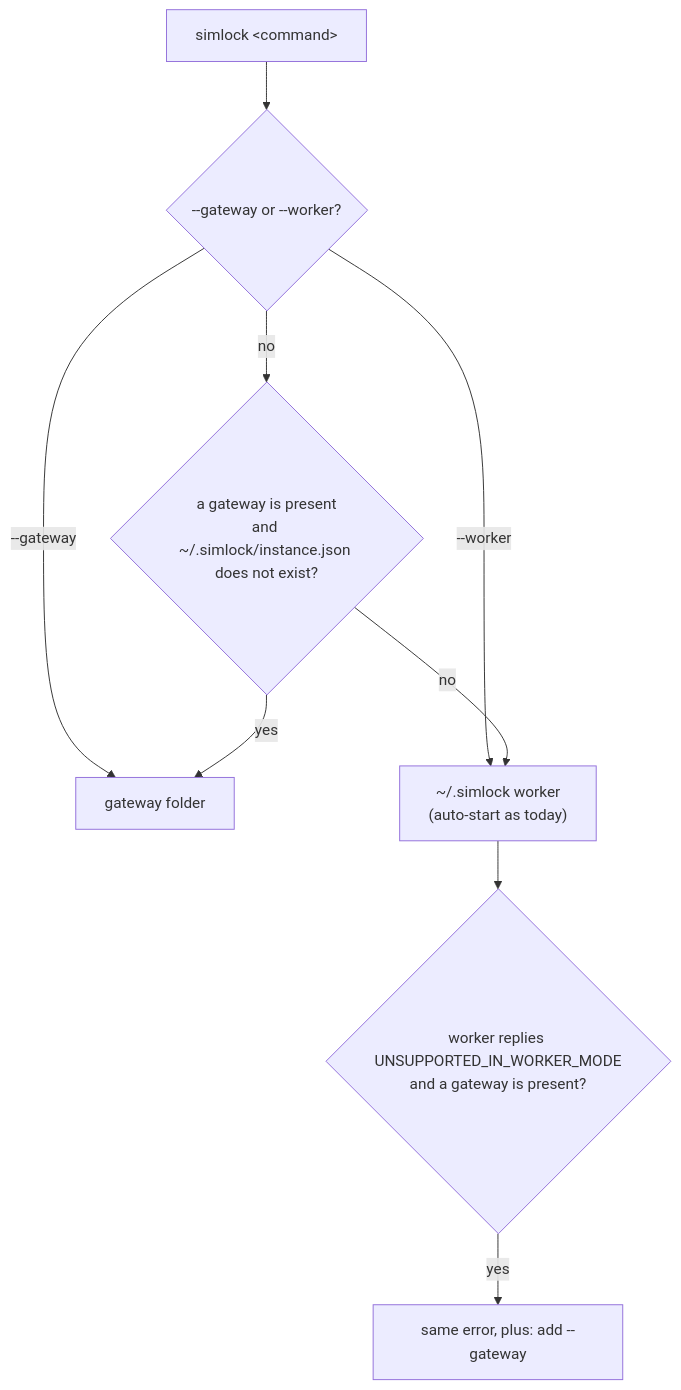
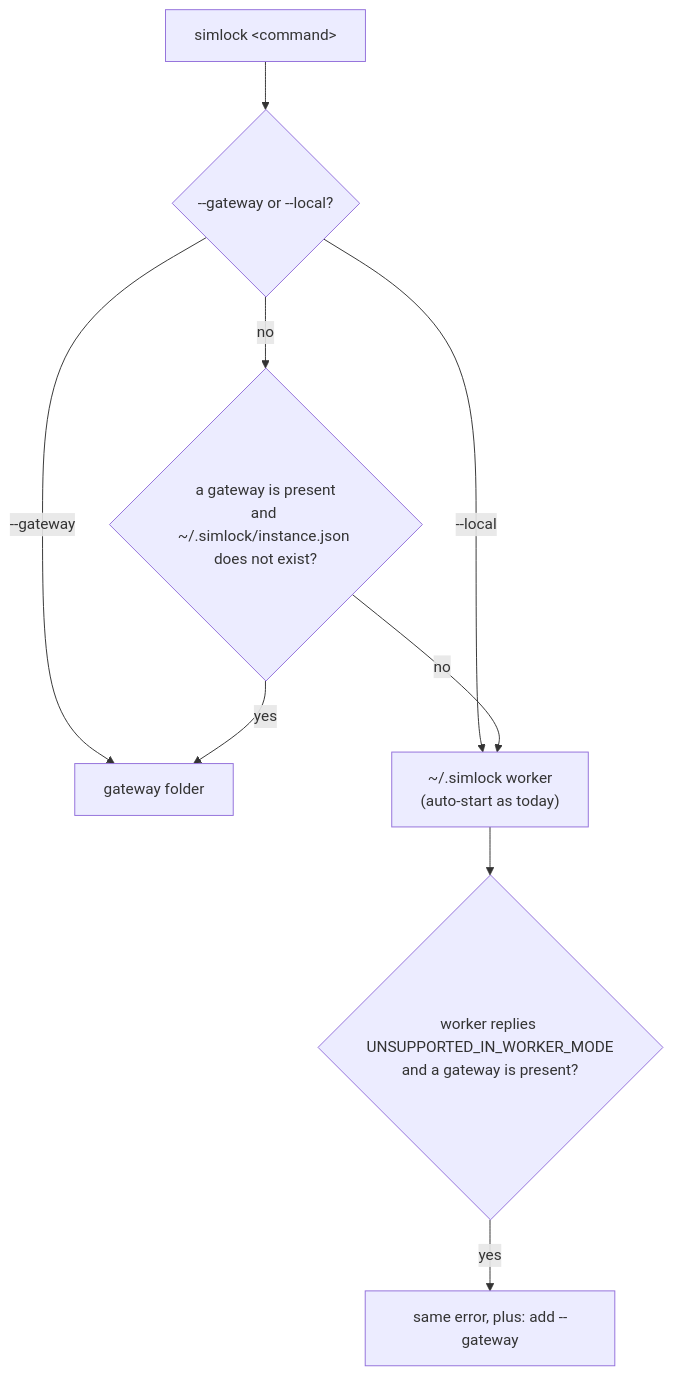
Before and after one commit to callstackincubator/simlock: the second of 2 diagrams in docs/internal/adr/0034-one-worker-per-user-and-the-folder-says-what-a-daemon-is.md, drawn with Mermaid. The commit also changed other lines of this file, not shown here.

Commit message:
docs(adr): 0034 names the worker flag --local; MCP re-checks each call

````diff
--- a/docs/internal/adr/0034-one-worker-per-user-and-the-folder-says-what-a-daemon-is.md
+++ b/docs/internal/adr/0034-one-worker-per-user-and-the-folder-says-what-a-daemon-is.md
@@ -105,11 +106,11 @@
 ```mermaid
 flowchart TD
-  A["simlock &lt;command&gt;"] --> B{--gateway or --worker?}
+  A["simlock &lt;command&gt;"] --> B{--gateway or --local?}
   B -- "--gateway" --> G[gateway folder]
-  B -- "--worker" --> W
+  B -- "--local" --> W
   B -- no --> C{"a gateway is present<br/>and ~/.simlock/instance.json does not exist?"}
   C -- yes --> G
   C -- no --> W["~/.simlock worker<br/>(auto-start as today)"]
   W --> D{"worker replies UNSUPPORTED_IN_WORKER_MODE<br/>and a gateway is present?"}
   D -- yes --> E["same error, plus: add --gateway"]
 ```
````
